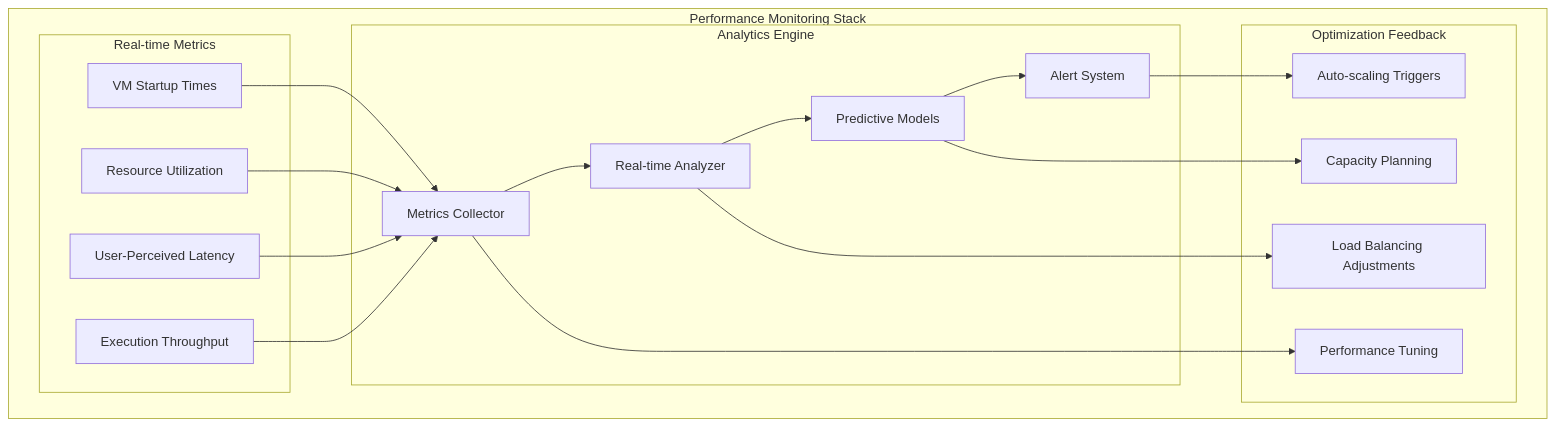
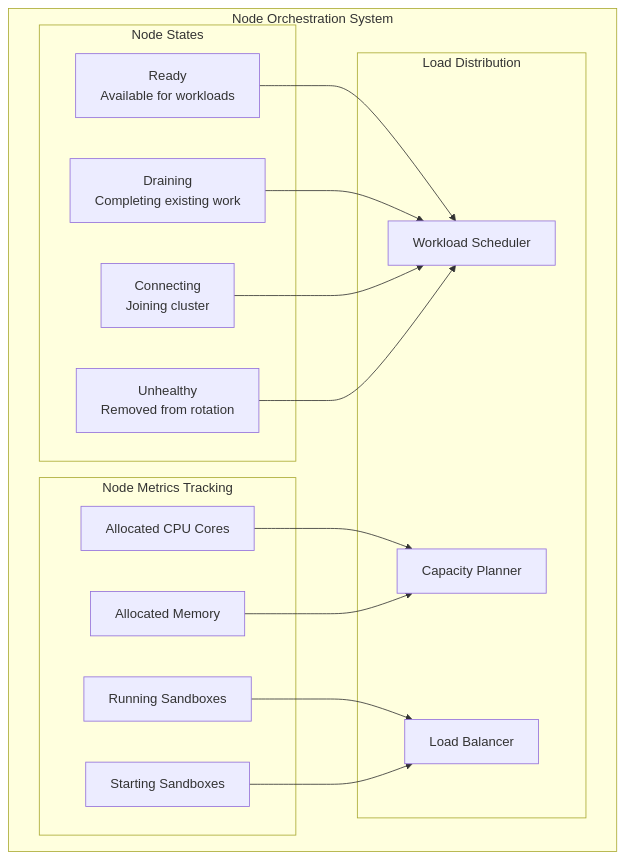
One commit to dwarvesf/research changed the fifth of 8 diagrams in breakdown/e2b.md. Above: the diagram before and after it, drawn with Mermaid. The commit also changed other lines of this file and 2 other files, not shown here.

````diff
--- a/breakdown/e2b.md
+++ b/breakdown/e2b.md
@@ -499,39 +363,34 @@
 ```mermaid
 graph TB
-    subgraph "Performance Monitoring Stack"
-        subgraph "Real-time Metrics"
-            StartupTime[VM Startup Times]
-            ResourceUtil[Resource Utilization]
-            UserLatency[User-Perceived Latency]
-            ThroughputMetrics[Execution Throughput]
+    subgraph "Node Orchestration System"
+        subgraph "Node States"
+            Ready[Ready<br/>Available for workloads]
+            Draining[Draining<br/>Completing existing work]
+            Connecting[Connecting<br/>Joining cluster]
+            Unhealthy[Unhealthy<br/>Removed from rotation]
         end
 
-        subgraph "Analytics Engine"
-            MetricsCollector[Metrics Collector]
-            RealTimeAnalyzer[Real-time Analyzer]
-            PredictiveModels[Predictive Models]
-            AlertSystem[Alert System]
+        subgraph "Node Metrics Tracking"
+            AllocCPU[Allocated CPU Cores]
+            AllocMem[Allocated Memory]
+            SandboxCount[Running Sandboxes]
+            StartingCount[Starting Sandboxes]
         end
 
-        subgraph "Optimization Feedback"
-            AutoScaling[Auto-scaling Triggers]
-            LoadBalancing[Load Balancing Adjustments]
-            CapacityPlanning[Capacity Planning]
-            PerformanceTuning[Performance Tuning]
+        subgraph "Load Distribution"
+            Scheduler[Workload Scheduler]
+            CapacityPlanner[Capacity Planner]
+            LoadBalancer[Load Balancer]
         end
+
+        Ready --> Scheduler
+        Draining --> Scheduler
+        Connecting --> Scheduler
+        Unhealthy --> Scheduler
+
+        AllocCPU --> CapacityPlanner
+        AllocMem --> CapacityPlanner
+        SandboxCount --> LoadBalancer
+        StartingCount --> LoadBalancer
     end
-
-    StartupTime --> MetricsCollector
-    ResourceUtil --> MetricsCollector
-    UserLatency --> MetricsCollector
-    ThroughputMetrics --> MetricsCollector
-
-    MetricsCollector --> RealTimeAnalyzer
-    RealTimeAnalyzer --> PredictiveModels
-    PredictiveModels --> AlertSystem
-
-    AlertSystem --> AutoScaling
-    RealTimeAnalyzer --> LoadBalancing
-    PredictiveModels --> CapacityPlanning
-    MetricsCollector --> PerformanceTuning
 ```
````
